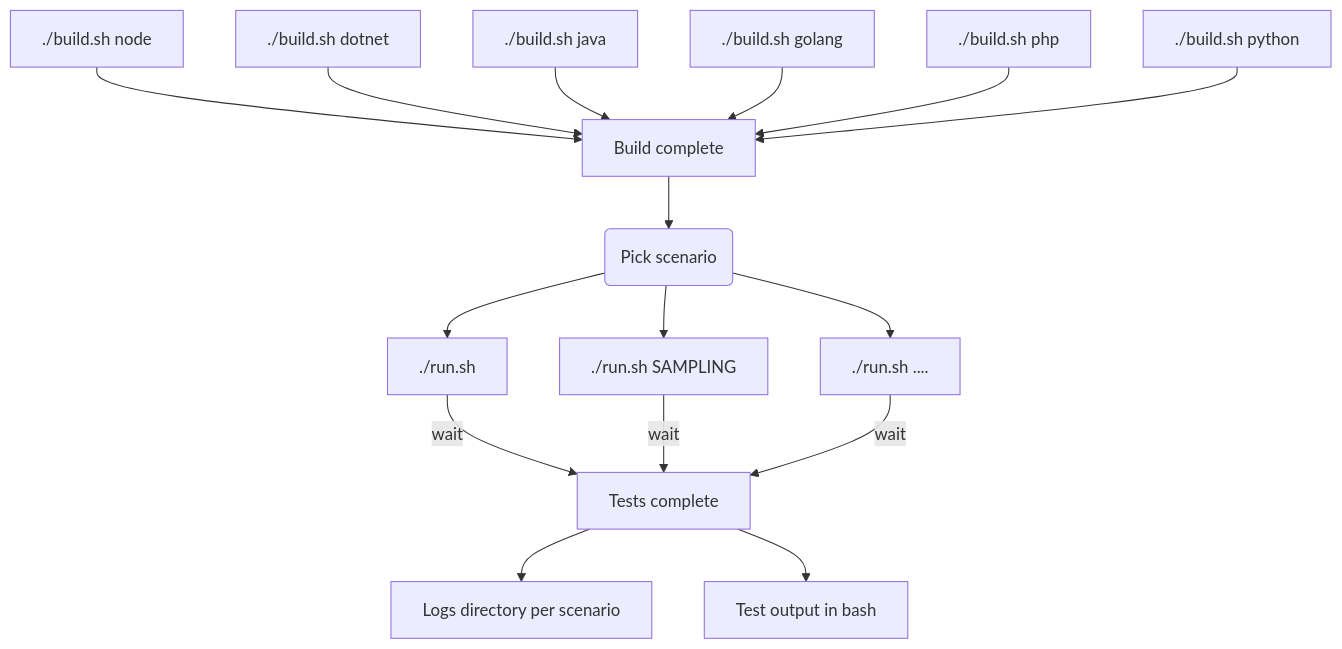
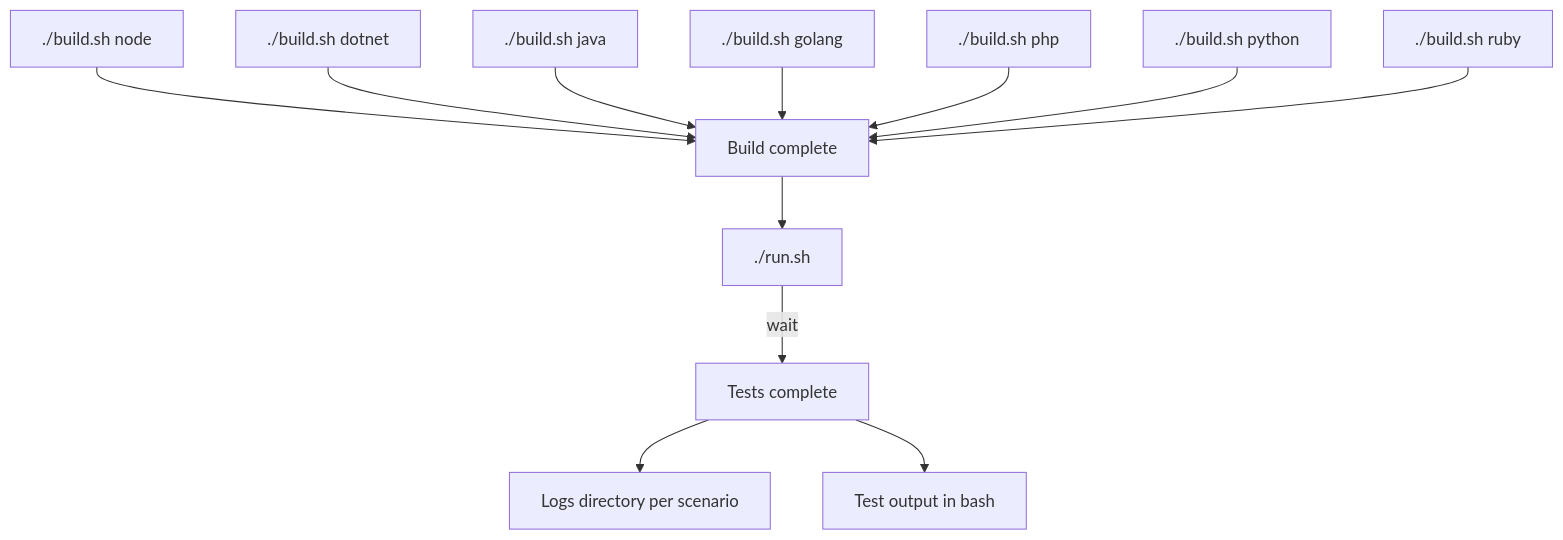
Before and after one commit to DataDog/system-tests: the diagram in README.md, drawn with Mermaid. The commit also changed 1 other file, not shown here.

Commit message:
moar docs

````diff
--- a/README.md
+++ b/README.md
@@ -13,20 +13,16 @@
 ```mermaid
 flowchart TD
     BUILDNODE[./build.sh node] --> BUILT
     BUILDDOTNET[./build.sh dotnet] --> BUILT
     BUILDJAVA[./build.sh java] --> BUILT
     BUILDGO[./build.sh golang] --> BUILT
     BUILDPHP[./build.sh php] --> BUILT
     BUILDPY[./build.sh python] --> BUILT
-    BUILT[Build complete] --> SCENARIO
-    SCENARIO(Pick scenario) --> RUNDEFAULT
-    SCENARIO --> RUNSAMPLING
-    SCENARIO --> RUNMISC
+    BUILDRUBY[./build.sh ruby] --> BUILT
+    BUILT[Build complete] --> RUNDEFAULT
     RUNDEFAULT[./run.sh] -->|wait| FINISH
-    RUNSAMPLING[./run.sh SAMPLING] -->|wait| FINISH
-    RUNMISC[./run.sh ....] -->|wait| FINISH
     FINISH[Tests complete] --> LOGS
     FINISH[Tests complete] --> OUTPUT
     OUTPUT[Test output in bash]
     LOGS[Logs directory per scenario]
 ```
````
